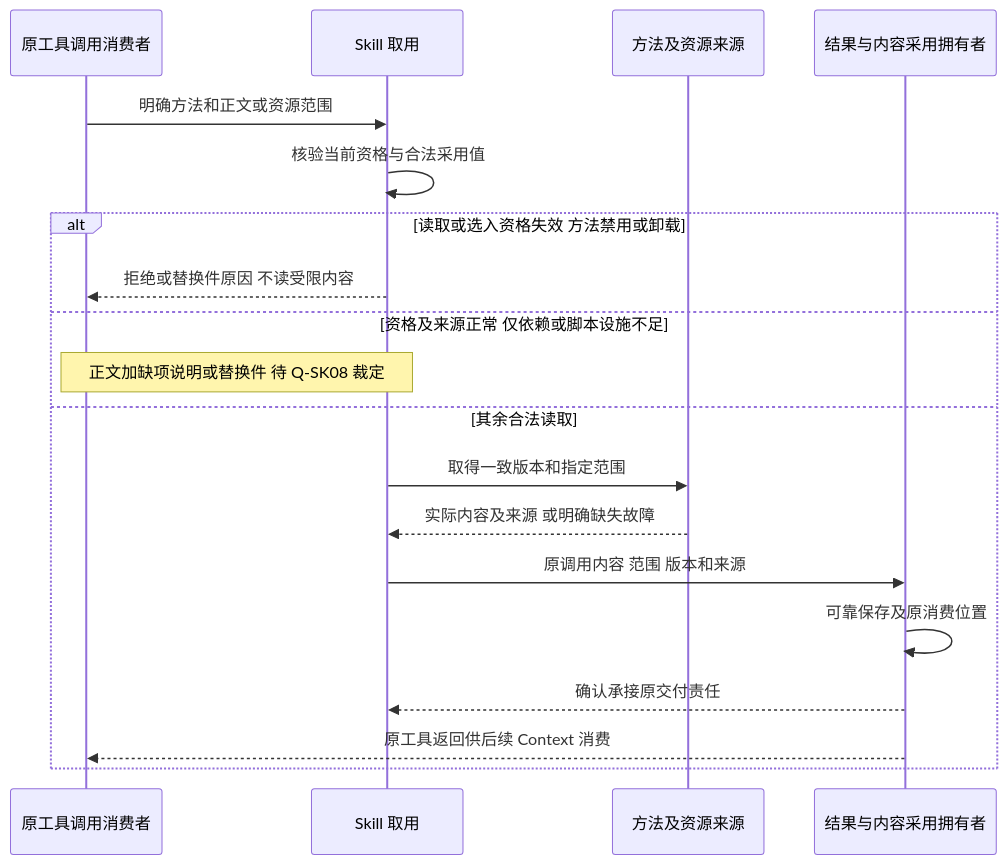
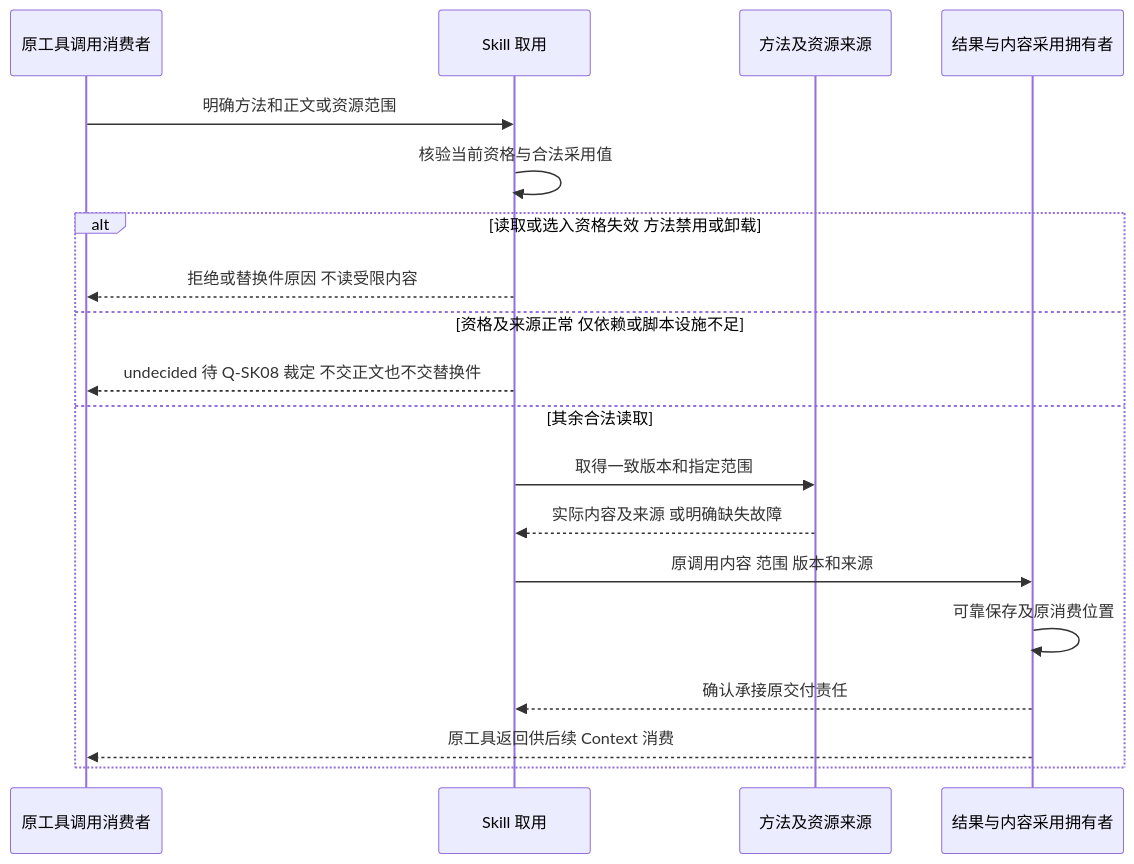
One commit to nemori-ai/omne-harness-lite changed the first of 4 diagrams in docs/domains/skills/key-flows.md. Above: the diagram before and after it, drawn with Mermaid. The commit also changed other lines of this file and 5 other files, not shown here.

````diff
--- a/docs/domains/skills/key-flows.md
+++ b/docs/domains/skills/key-flows.md
@@ -15,21 +15,21 @@
 ```mermaid
 sequenceDiagram
   participant C as 原工具调用消费者
   participant A as Skill 取用
   participant S as 方法及资源来源
   participant R as 结果与内容采用拥有者
   C->>A: 明确方法和正文或资源范围
   A->>A: 核验当前资格与合法采用值
   alt 读取或选入资格失效 方法禁用或卸载
     A-->>C: 拒绝或替换件原因 不读受限内容
   else 资格及来源正常 仅依赖或脚本设施不足
-    Note over A,C: 正文加缺项说明或替换件 待 Q-SK08 裁定
+    A-->>C: undecided 待 Q-SK08 裁定 不交正文也不交替换件
   else 其余合法读取
     A->>S: 取得一致版本和指定范围
     S-->>A: 实际内容及来源 或明确缺失故障
     A->>R: 原调用内容 范围 版本和来源
     R->>R: 可靠保存及原消费位置
     R-->>A: 确认承接原交付责任
     R-->>C: 原工具返回供后续 Context 消费
   end
 ```
````
